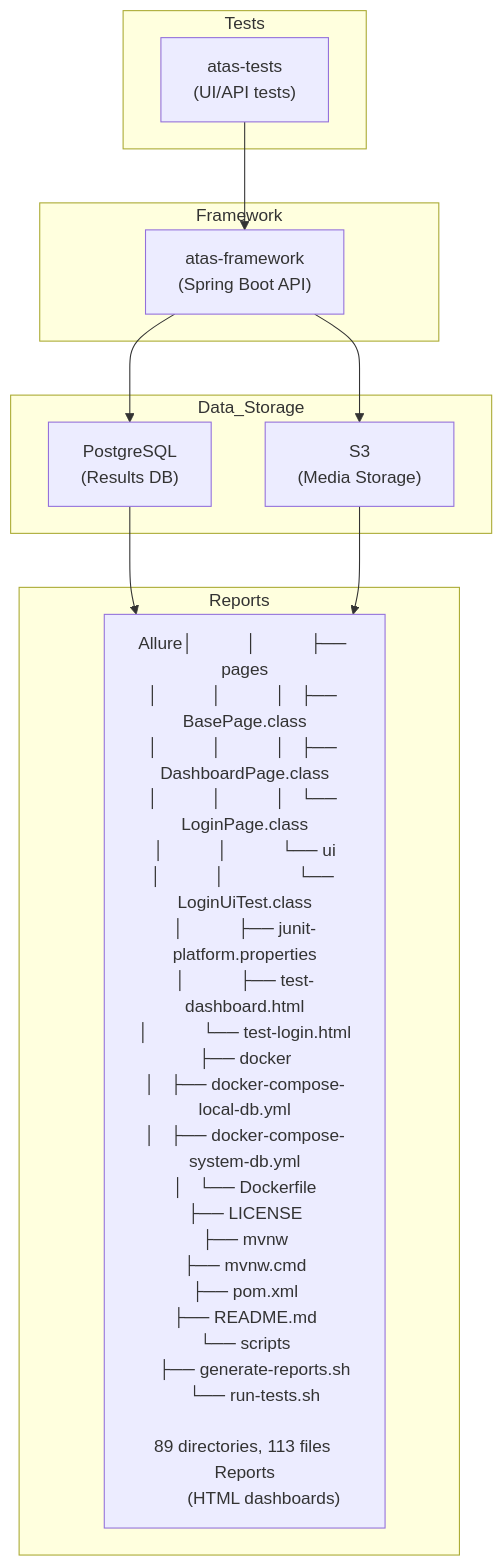
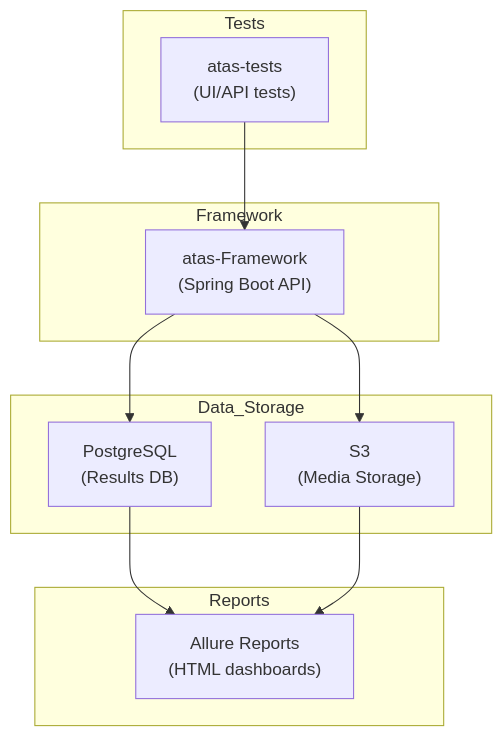
The diagram in README.md (suneel944/ATAS), drawn with Mermaid before and after one commit.

Commit message:
minor fix in readme mermaid

````diff
--- a/README.md
+++ b/README.md
@@ -260,51 +260,30 @@
 ```mermaid
----
-config:
-  layout: dagre
----
-flowchart TB
- subgraph Tests["Tests"]
+graph TB
+    subgraph Tests
         ATAS_Tests["atas-tests
         (UI/API tests)"]
-  end
- subgraph Framework["Framework"]
-        ATAS_Framework["atas-framework
+    end
+
+    subgraph Framework
+        ATAS_Framework["atas-Framework
         (Spring Boot API)"]
-  end
- subgraph Data_Storage["Data_Storage"]
+    end
+
+    subgraph Data_Storage
         PostgreSQL["PostgreSQL
         (Results DB)"]
         S3["S3
         (Media Storage)"]
-  end
- subgraph Reports["Reports"]
-        AllureReports["Allure│           │           ├── pages
-│           │           │   ├── BasePage.class
-│           │           │   ├── DashboardPage.class
-│           │           │   └── LoginPage.class
-│           │           └── ui
-│           │               └── LoginUiTest.class
-│           ├── junit-platform.properties
-│           ├── test-dashboard.html
-│           └── test-login.html
-├── docker
-│   ├── docker-compose-local-db.yml
-│   ├── docker-compose-system-db.yml
-│   └── Dockerfile
-├── LICENSE
-├── mvnw
-├── mvnw.cmd
-├── pom.xml
-├── README.md
-└── scripts
-    ├── generate-reports.sh
-    └── run-tests.sh
+    end
 
-89 directories, 113 files Reports
+    subgraph Reports
+        AllureReports["Allure Reports
         (HTML dashboards)"]
-  end
+    end
+
     ATAS_Tests --> ATAS_Framework
-    ATAS_Framework --> PostgreSQL & S3
+    ATAS_Framework --> PostgreSQL
+    ATAS_Framework --> S3
     PostgreSQL --> AllureReports
     S3 --> AllureReports
 ```
````
